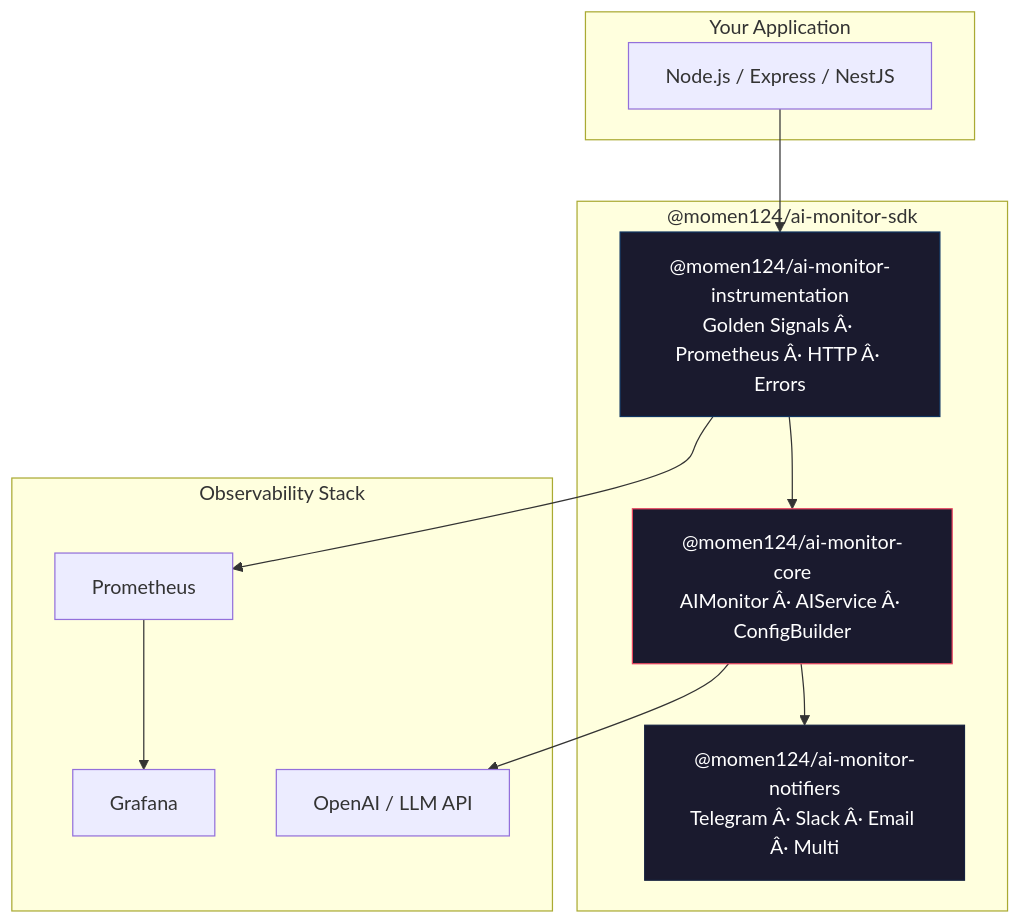
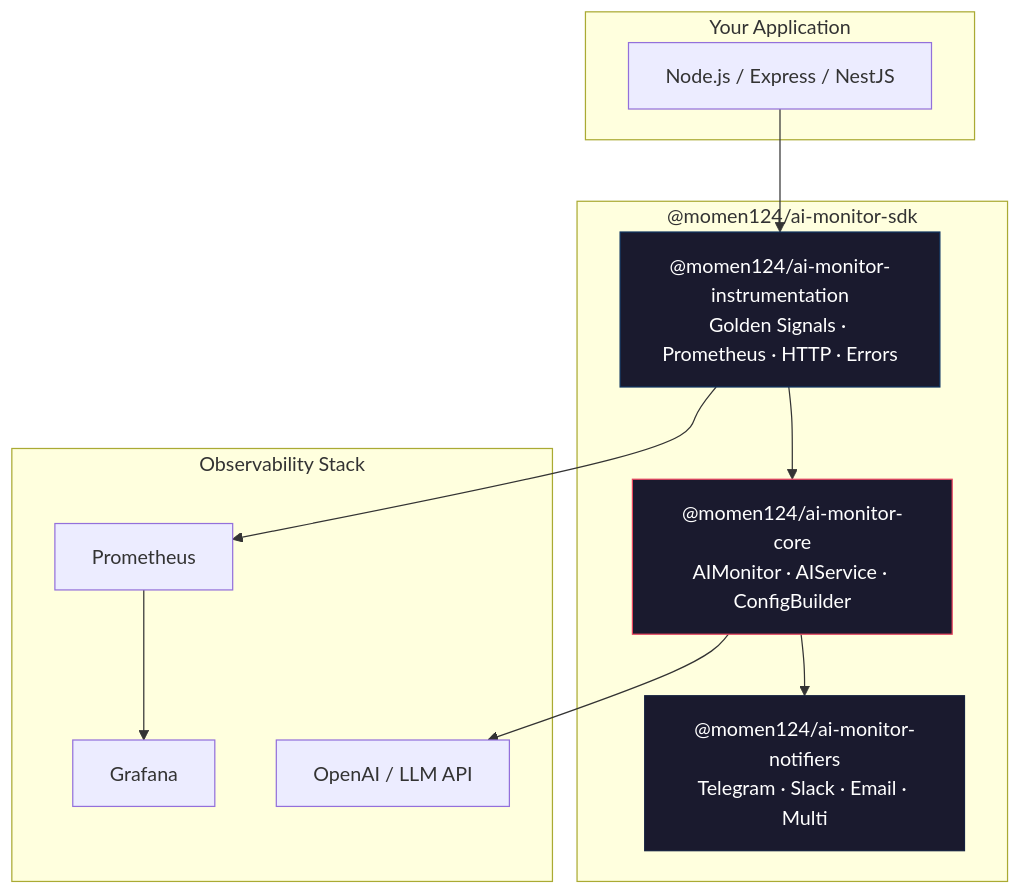
One commit to egysaas25-hub/ai-monitor-sdk changed the first of 4 diagrams in docs/01-architecture.md. Above: the diagram before and after it, drawn with Mermaid. The commit also changed other lines of this file and 17 other files, not shown here.

Commit message:
docs: add comprehensive documentation for deployment, production readiness, and architecture

````diff
--- a/docs/01-architecture.md
+++ b/docs/01-architecture.md
@@ -9,29 +9,29 @@
 ```mermaid
 graph TB
     subgraph APP_SUB ["Your Application"]
         APP["Node.js / Express / NestJS"]
     end
 
     subgraph SDK_SUB ["@momen124/ai-monitor-sdk"]
-        CORE["@momen124/ai-monitor-core<br/>AIMonitor Â· AIService Â· ConfigBuilder"]
-        INST["@momen124/ai-monitor-instrumentation<br/>Golden Signals Â· Prometheus Â· HTTP Â· Errors"]
-        NOTIF["@momen124/ai-monitor-notifiers<br/>Telegram Â· Slack Â· Email Â· Multi"]
+        CORE["@momen124/ai-monitor-core<br/>AIMonitor · AIService · ConfigBuilder"]
+        INST["@momen124/ai-monitor-instrumentation<br/>Golden Signals · Prometheus · HTTP · Errors"]
+        NOTIF["@momen124/ai-monitor-notifiers<br/>Telegram · Slack · Email · Multi"]
     end
 
     subgraph OBS_SUB ["Observability Stack"]
         PROM[Prometheus]
         GRAF[Grafana]
         AI["OpenAI / LLM API"]
     end
 
     APP --> INST
     INST --> CORE
     CORE --> NOTIF
     CORE --> AI
     INST --> PROM
     PROM --> GRAF
 
     style CORE fill:#1a1a2e,stroke:#e94560,color:#fff
     style INST fill:#1a1a2e,stroke:#0f3460,color:#fff
     style NOTIF fill:#1a1a2e,stroke:#16213e,color:#fff
 ```
````
